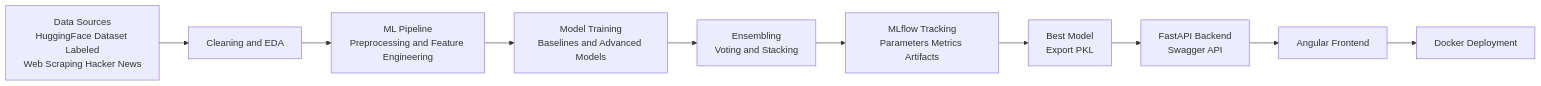
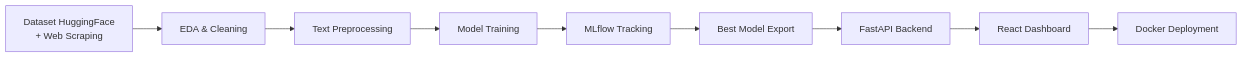
Before and after one commit to NHNing3jg/ToxiScan: the diagram in README.md, drawn with Mermaid. The commit also changed other lines of this file and 9 other files, not shown here.

Commit message:
Final version: frontend redesign + URL toxicity analysis + improved dashboard

````diff
--- a/README.md
+++ b/README.md
@@ -177,21 +120,12 @@
 ```mermaid
 flowchart LR
-  A[Data Sources\nHuggingFace Dataset Labeled\nWeb Scraping Hacker News]
-    --> B[Cleaning and EDA]
-
-  B --> C[ML Pipeline\nPreprocessing and Feature Engineering]
-
-  C --> D[Model Training\nBaselines and Advanced Models]
-
-  D --> E[Ensembling\nVoting and Stacking]
-
-  E --> F[MLflow Tracking\nParameters Metrics Artifacts]
-
-  F --> G[Best Model\nExport PKL]
-
-  G --> H[FastAPI Backend\nSwagger API]
-
-  H --> I[Angular Frontend]
-
-  I --> J[Docker Deployment]
+    A[Dataset HuggingFace\n+ Web Scraping]
+    --> B[EDA & Cleaning]
+    --> C[Text Preprocessing]
+    --> D[Model Training]
+    --> E[MLflow Tracking]
+    --> F[Best Model Export]
+    --> G[FastAPI Backend]
+    --> H[React Dashboard]
+    --> I[Docker Deployment]
 ```
````
